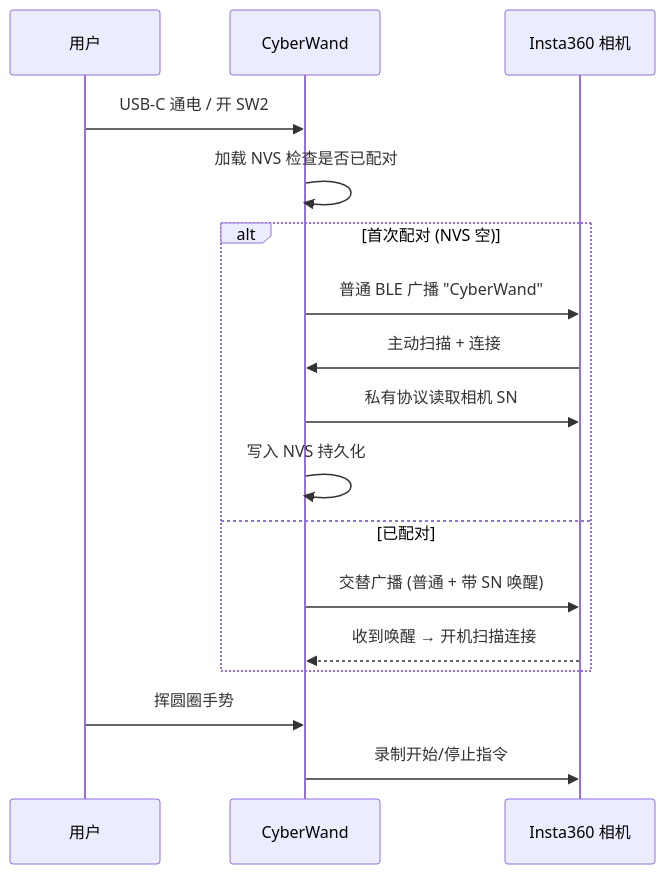
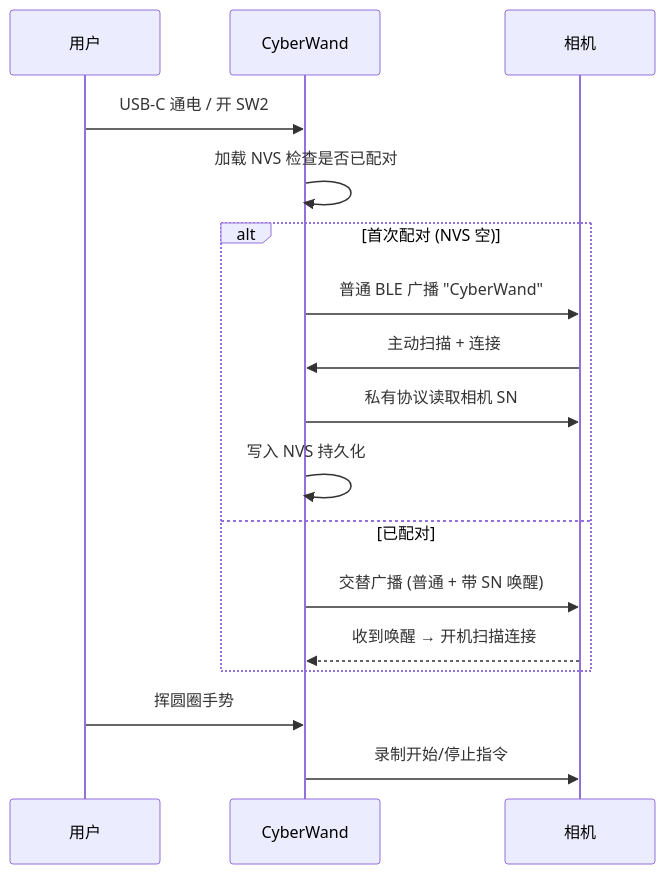
One commit to DLLSTART/CyberWand_Insta360 changed the second of 2 diagrams in enclosure/PRINT_AND_ASSEMBLY.md. Above: the diagram before and after it, drawn with Mermaid. The commit also changed 22 other files, not shown here.

````diff
--- a/enclosure/PRINT_AND_ASSEMBLY.md
+++ b/enclosure/PRINT_AND_ASSEMBLY.md
@@ -390,20 +390,20 @@
 ```mermaid
 sequenceDiagram
     participant 用户
     participant CW as CyberWand
-    participant Cam as Insta360 相机
+    participant Cam as 相机
 
     用户->>CW: USB-C 通电 / 开 SW2
     CW->>CW: 加载 NVS 检查是否已配对
     alt 首次配对 (NVS 空)
         CW->>Cam: 普通 BLE 广播 "CyberWand"
         Cam->>CW: 主动扫描 + 连接
         CW->>Cam: 私有协议读取相机 SN
         CW->>CW: 写入 NVS 持久化
     else 已配对
         CW->>Cam: 交替广播 (普通 + 带 SN 唤醒)
         Cam-->>CW: 收到唤醒 → 开机扫描连接
     end
     用户->>CW: 挥圆圈手势
     CW->>Cam: 录制开始/停止指令
 ```
````
